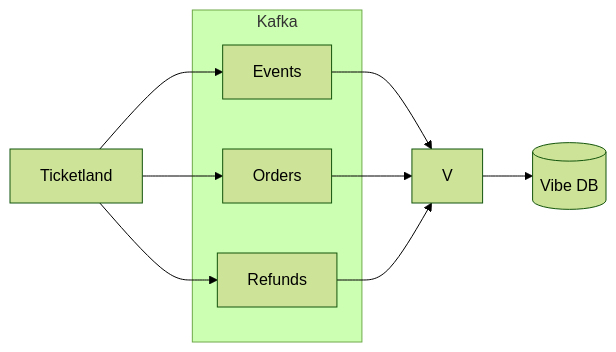
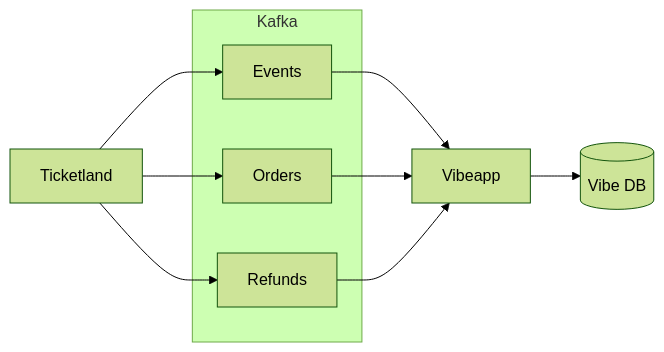
Before and after one commit to ticketscloud/vibe-integration: the diagram in README.md, drawn with Mermaid (forest theme).

````diff
--- a/README.md
+++ b/README.md
@@ -8,20 +8,21 @@
 ```mermaid
 flowchart LR
     TL[Ticketland]
+    V[Vibeapp]
 
     subgraph Kafka
         E[Events]
         OR[Orders]
         R[Refunds]
     end
 
     TL --> E
     TL --> OR
     TL --> R
 
     E --> V
     OR --> V
     R --> V
 
     V --> DB[(Vibe DB)]
 ```
````
